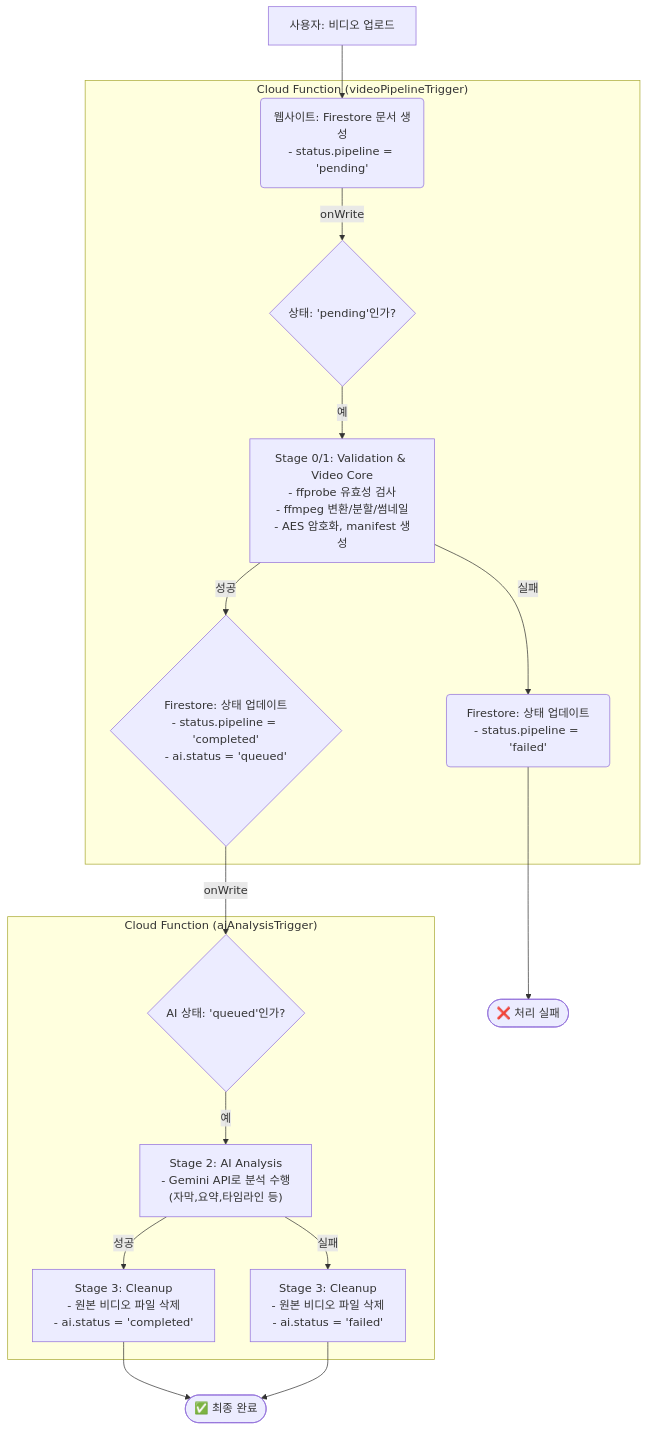
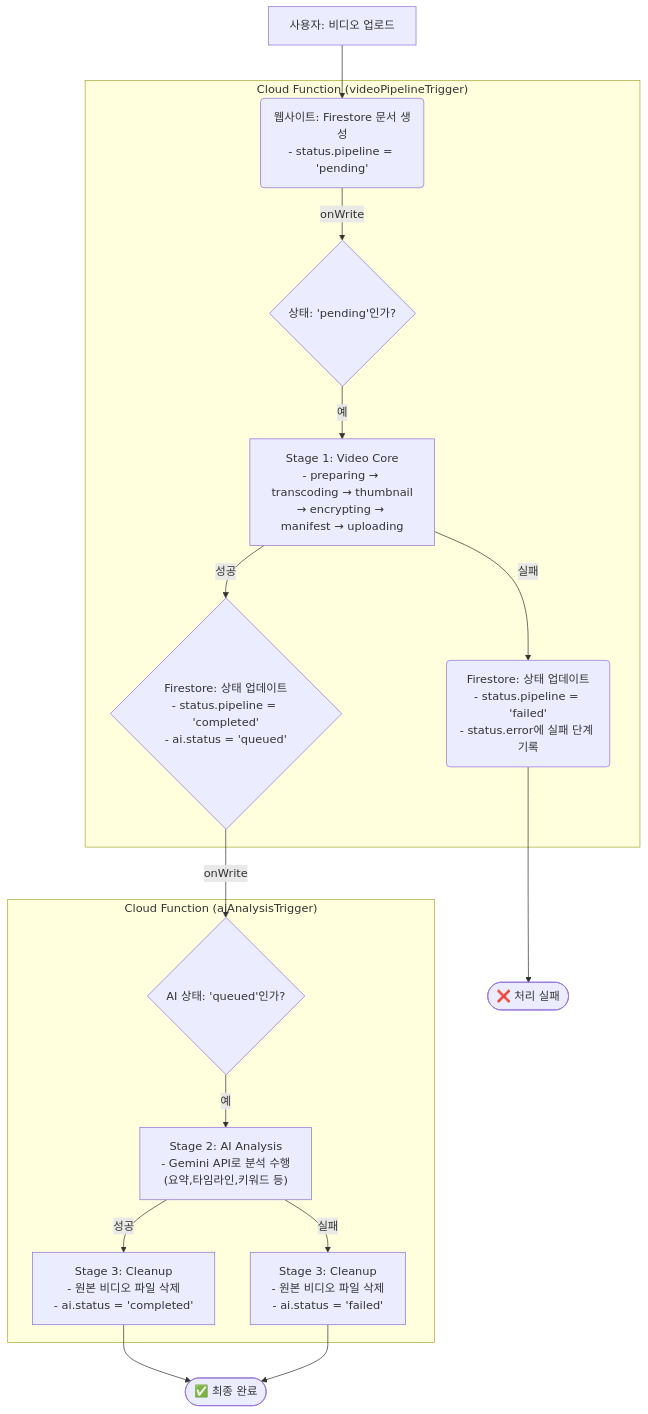
One commit to gylee79/llinestream changed the diagram in docs/system-workflow.md. Above: the diagram before and after it, drawn with Mermaid. The commit also changed other lines of this file and 1 other file, not shown here.

````diff
--- a/docs/system-workflow.md
+++ b/docs/system-workflow.md
@@ -11,22 +11,22 @@
 ```mermaid
 graph TD
     A[사용자: 비디오 업로드] --> B(웹사이트: Firestore 문서 생성<br/>- status.pipeline = 'pending');
     
     subgraph "Cloud Function (videoPipelineTrigger)"
         B -- onWrite --> C{"상태: 'pending'인가?"};
-        C -- 예 --> D["Stage 0/1: Validation & Video Core<br/>- ffprobe 유효성 검사<br/>- ffmpeg 변환/분할/썸네일<br/>- AES 암호화, manifest 생성"];
+        C -- 예 --> D["Stage 1: Video Core<br/>- preparing → transcoding → thumbnail<br/>→ encrypting → manifest → uploading"];
         D -- 성공 --> E{Firestore: 상태 업데이트<br/>- status.pipeline = 'completed'<br/>- ai.status = 'queued'};
-        D -- 실패 --> F(Firestore: 상태 업데이트<br/>- status.pipeline = 'failed');
+        D -- 실패 --> F(Firestore: 상태 업데이트<br/>- status.pipeline = 'failed'<br/>- status.error에 실패 단계 기록);
     end
     
     subgraph "Cloud Function (aiAnalysisTrigger)"
         E -- onWrite --> G{"AI 상태: 'queued'인가?"};
-        G -- 예 --> H["Stage 2: AI Analysis<br/>- Gemini API로 분석 수행<br/>(자막,요약,타임라인 등)"];
+        G -- 예 --> H["Stage 2: AI Analysis<br/>- Gemini API로 분석 수행<br/>(요약,타임라인,키워드 등)"];
         H -- 성공 --> I["Stage 3: Cleanup<br/>- 원본 비디오 파일 삭제<br/>- ai.status = 'completed'"];
         H -- 실패 --> J["Stage 3: Cleanup<br/>- 원본 비디오 파일 삭제<br/>- ai.status = 'failed'"];
     end
     
     F --> Z([❌ 처리 실패]);
     I --> M([✅ 최종 완료]);
     J --> M;
 ```
````
